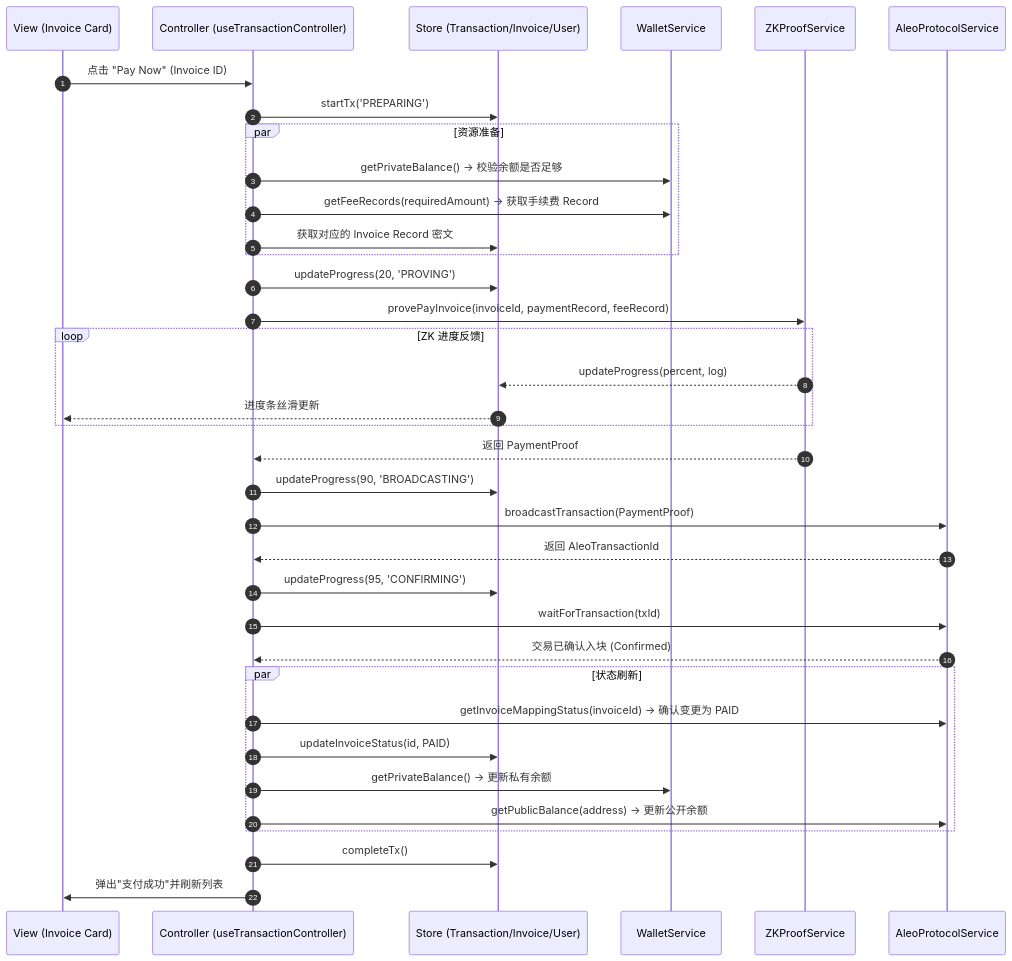
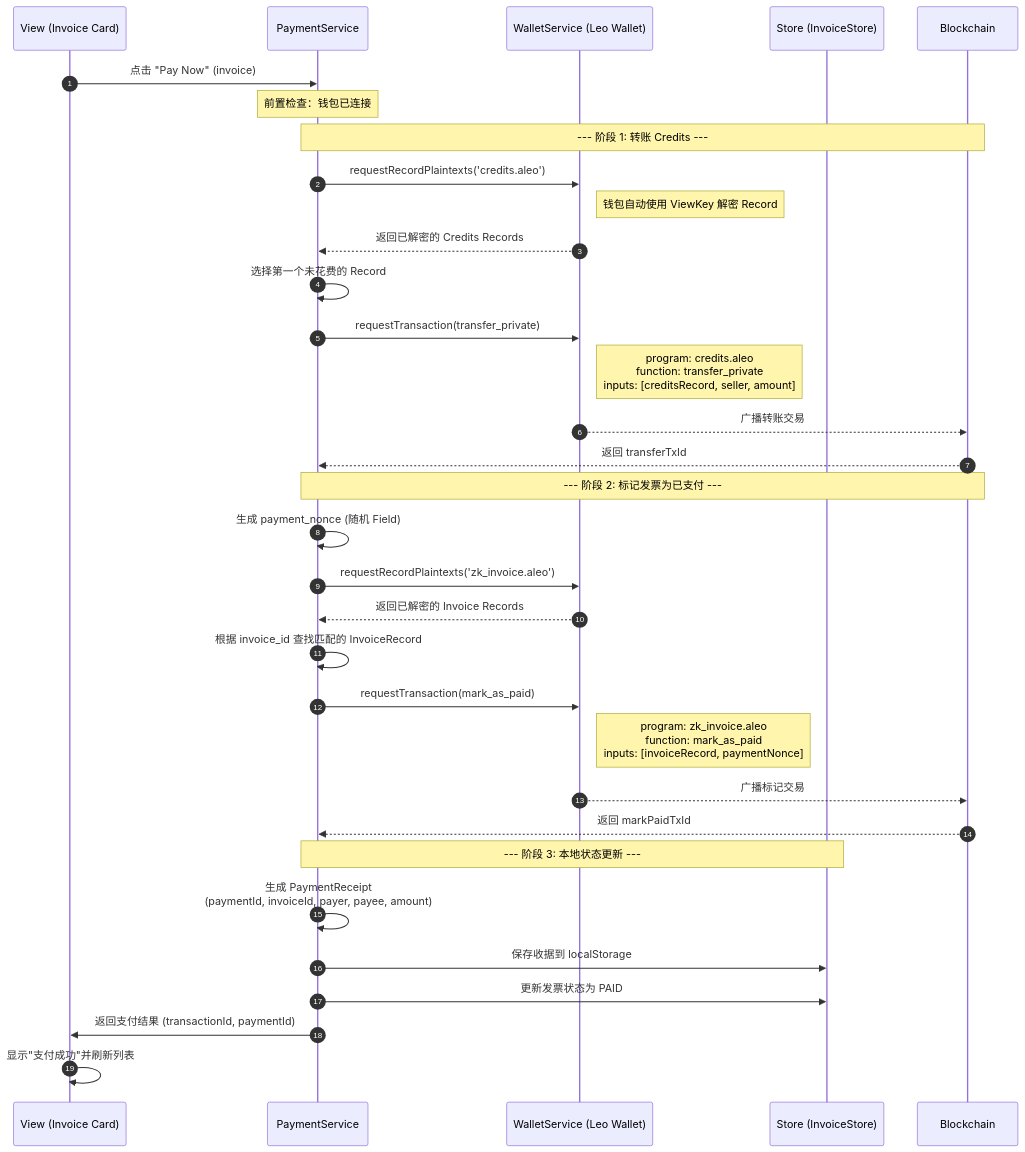
The fifth of 9 diagrams in docs/ARCHITECTURE_NEW.md (WHXisWH/alpaca-invoice), drawn with Mermaid before and after one commit. The commit also changed other lines of this file and 4 other files, not shown here.

Commit message:
serivce:Complete CryptoService

````diff
--- a/docs/ARCHITECTURE_NEW.md
+++ b/docs/ARCHITECTURE_NEW.md
@@ -379,44 +387,42 @@
 ```mermaid
 sequenceDiagram
     autonumber
     participant V as View (Invoice Card)
-    participant C as Controller (useTransactionController)
-    participant S as Store (Transaction/Invoice/User)
-    participant WS as WalletService
-    participant ZK as ZKProofService
-    participant PS as AleoProtocolService
-    V->>C: 点击 "Pay Now" (Invoice ID)
-    C->>S: startTx('PREPARING')
+    participant PS as PaymentService
+    participant WS as WalletService (Leo Wallet)
+    participant S as Store (InvoiceStore)
+    participant BC as Blockchain
     
-    par 资源准备
-        C->>WS: getPrivateBalance() -> 校验余额是否足够
-        C->>WS: getFeeRecords(requiredAmount) -> 获取手续费 Record
-        C->>S: 获取对应的 Invoice Record 密文
-    end
-    C->>S: updateProgress(20, 'PROVING')
-    C->>ZK: provePayInvoice(invoiceId, paymentRecord, feeRecord)
+    V->>PS: 点击 "Pay Now" (invoice)
+    Note over PS: 前置检查：钱包已连接
     
-    loop ZK 进度反馈
-        ZK-->>S: updateProgress(percent, log)
-        S-->>V: 进度条丝滑更新
-    end
-    ZK-->>C: 返回 PaymentProof
-    C->>S: updateProgress(90, 'BROADCASTING')
+    Note over PS,BC: --- 阶段 1: 转账 Credits ---
+    PS->>WS: requestRecordPlaintexts('credits.aleo')
+    Note right of WS: 钱包自动使用 ViewKey 解密 Record
+    WS-->>PS: 返回已解密的 Credits Records
     
-    C->>PS: broadcastTransaction(PaymentProof)
-    PS-->>C: 返回 AleoTransactionId
+    PS->>PS: 选择第一个未花费的 Record
+    PS->>WS: requestTransaction(transfer_private)
+    Note right of WS: program: credits.aleo<br/>function: transfer_private<br/>inputs: [creditsRecord, seller, amount]
+    WS-->>BC: 广播转账交易
+    BC-->>PS: 返回 transferTxId
     
-    C->>S: updateProgress(95, 'CONFIRMING')
-    C->>PS: waitForTransaction(txId)
-    PS-->>C: 交易已确认入块 (Confirmed)
+    Note over PS,BC: --- 阶段 2: 标记发票为已支付 ---
+    PS->>PS: 生成 payment_nonce (随机 Field)
+    PS->>WS: requestRecordPlaintexts('zk_invoice.aleo')
+    WS-->>PS: 返回已解密的 Invoice Records
     
-    par 状态刷新
-        C->>PS: getInvoiceMappingStatus(invoiceId) -> 确认变更为 PAID
-        C->>S: updateInvoiceStatus(id, PAID)
-        C->>WS: getPrivateBalance() -> 更新私有余额
-        C->>PS: getPublicBalance(address) -> 更新公开余额
-    end
+    PS->>PS: 根据 invoice_id 查找匹配的 InvoiceRecord
+    PS->>WS: requestTransaction(mark_as_paid)
+    Note right of WS: program: zk_invoice.aleo<br/>function: mark_as_paid<br/>inputs: [invoiceRecord, paymentNonce]
+    WS-->>BC: 广播标记交易
+    BC-->>PS: 返回 markPaidTxId
     
-    C->>S: completeTx()
-    C->>V: 弹出"支付成功"并刷新列表
+    Note over PS,S: --- 阶段 3: 本地状态更新 ---
+    PS->>PS: 生成 PaymentReceipt<br/>(paymentId, invoiceId, payer, payee, amount)
+    PS->>S: 保存收据到 localStorage
+    PS->>S: 更新发票状态为 PAID
+    
+    PS->>V: 返回支付结果 (transactionId, paymentId)
+    V->>V: 显示"支付成功"并刷新列表
 ```
````
